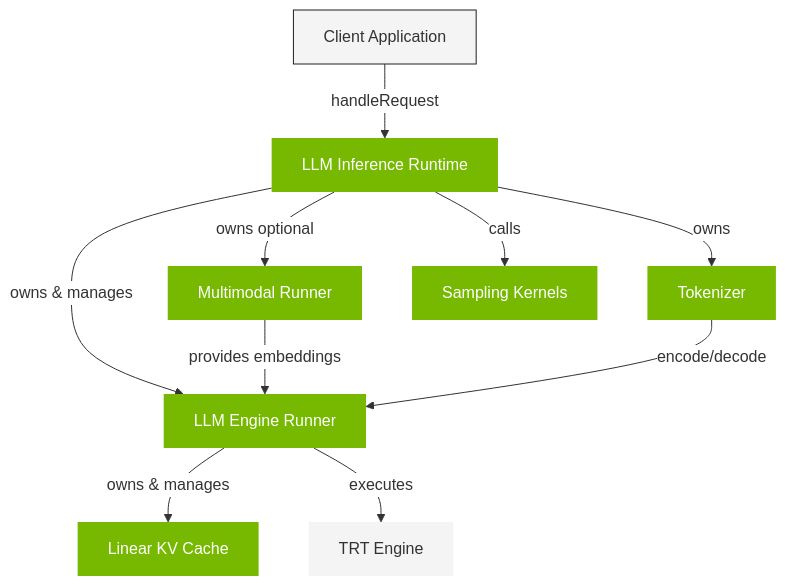
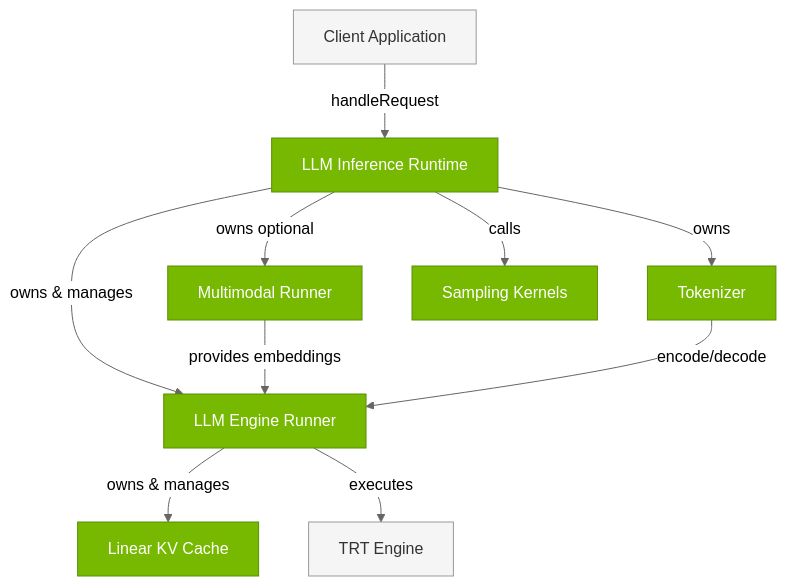
Before and after one commit to ConstBob/TensorRT-Edge-LLM: the first of 2 diagrams in docs/source/developer_guide/04.2_LLM_Inference_Runtime.md, drawn with Mermaid. The commit also changed other lines of this file and 20 other files, not shown here.

````diff
--- a/docs/source/developer_guide/04.2_LLM_Inference_Runtime.md
+++ b/docs/source/developer_guide/04.2_LLM_Inference_Runtime.md
@@ -14,35 +10,35 @@
 ```mermaid
-%%{init: {'themeVariables': {'edgeLabelBackground': 'white'}}}%%
+%%{init: {'theme':'neutral', 'themeVariables': {'primaryColor':'#76B900','primaryTextColor':'#fff','primaryBorderColor':'#5a8f00','lineColor':'#666','edgeLabelBackground':'#ffffff','labelTextColor':'#000','clusterBkg':'#ffffff','clusterBorder':'#999'}}}%%
 graph TB
     CLIENT1[Client Application]
     STANDARD_RT[LLM Inference Runtime]
     LLM_RUNNER1[LLM Engine Runner]
     TOKENIZER1[Tokenizer]
     MULTIMODAL1[Multimodal Runner]
     KV_CACHE1[Linear KV Cache]
     SAMPLING1[Sampling Kernels]
     STANDARD_ENGINE[TRT Engine]
     
     %% Connections
     CLIENT1 -->|handleRequest| STANDARD_RT
     STANDARD_RT -->|owns & manages| LLM_RUNNER1
     STANDARD_RT -->|owns optional| MULTIMODAL1
     STANDARD_RT -->|owns| TOKENIZER1
     STANDARD_RT -->|calls| SAMPLING1
     
     LLM_RUNNER1 -->|owns & manages| KV_CACHE1
     LLM_RUNNER1 -->|executes| STANDARD_ENGINE
     
     MULTIMODAL1 -->|provides embeddings| LLM_RUNNER1
     TOKENIZER1 -->|encode/decode| LLM_RUNNER1
     
     %% Styling
-    classDef nvNode fill:#76B900, stroke-width:0px, color:#ffffff
-    classDef greyNode fill:#f4f4f4, stroke-width:0px
-    classDef darkNode fill:#505050, stroke-width:0px, color:#ffffff
-    classDef inputNode fill:#f4f4f4, stroke: #202020
+    classDef nvNode fill:#76B900,stroke:#5a8f00,stroke-width:1px,color:#fff
+    classDef greyNode fill:#f5f5f5,stroke:#999,stroke-width:1px,color:#333
+    classDef darkNode fill:#ffffff,stroke:#999,stroke-width:1px,color:#333
+    classDef inputNode fill:#f5f5f5,stroke:#999,stroke-width:1px,color:#333
     
     class CLIENT1 inputNode
     class STANDARD_RT,LLM_RUNNER1,TOKENIZER1,MULTIMODAL1,KV_CACHE1,SAMPLING1 nvNode
     class STANDARD_ENGINE greyNode
 ```
````
